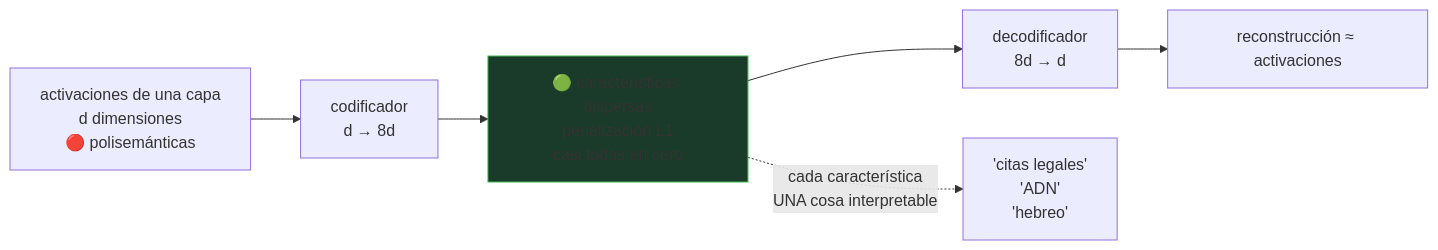
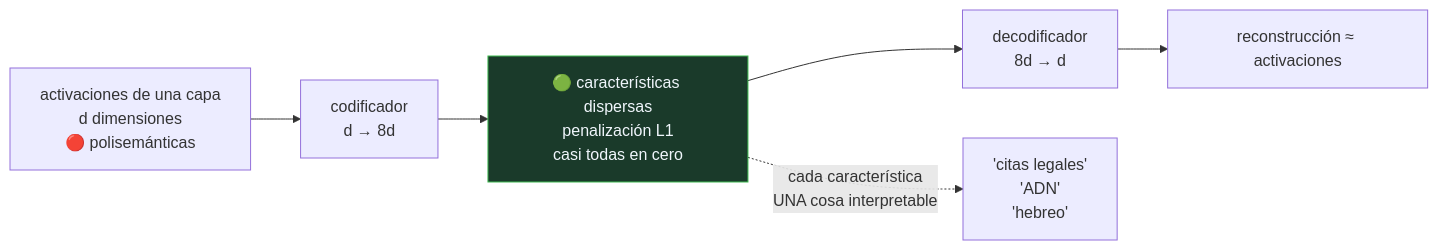
One commit to vladimiracunadev-create/artificial-intelligence-evolution-program changed the diagram in papers/foundational/P52_superposition/README.md. Above: the diagram before and after it, drawn with Mermaid. The commit also changed 27 other files, not shown here.

First line of the commit message:
Compilaciones: Windows en tres formatos y APK versionado; contraste de diagramas

````diff
--- a/papers/foundational/P52_superposition/README.md
+++ b/papers/foundational/P52_superposition/README.md
@@ -89,9 +89,9 @@
 ```mermaid
 flowchart LR
     A["activaciones de una capa<br/>d dimensiones<br/>🔴 polisemánticas"] --> E["codificador<br/>d → 8d"]
     E --> S["🟢 características dispersas<br/>penalización L1<br/>casi todas en cero"]
     S --> D["decodificador<br/>8d → d"]
     D --> R["reconstrucción ≈ activaciones"]
     S -.->|"cada característica<br/>UNA cosa interpretable"| I["'citas legales'<br/>'ADN'<br/>'hebreo'"]
-    style S fill:#1a3a2a,stroke:#3fb950
+    style S fill:#1a3a2a,stroke:#3fb950,color:#f0f6fc
 ```
````
